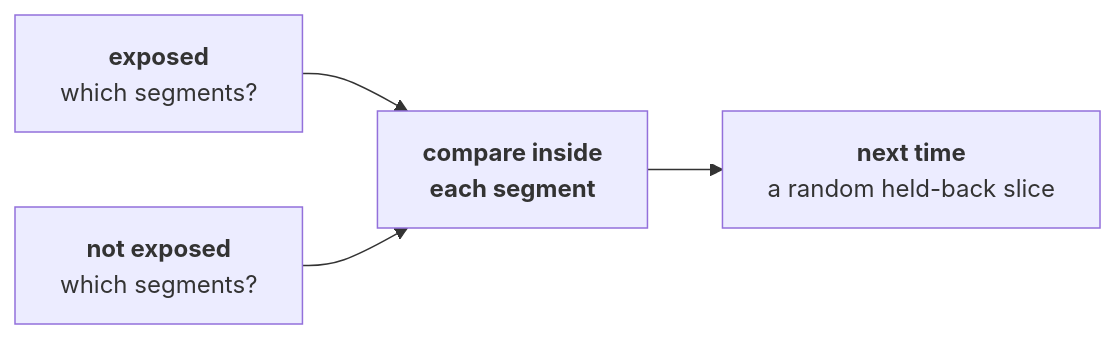
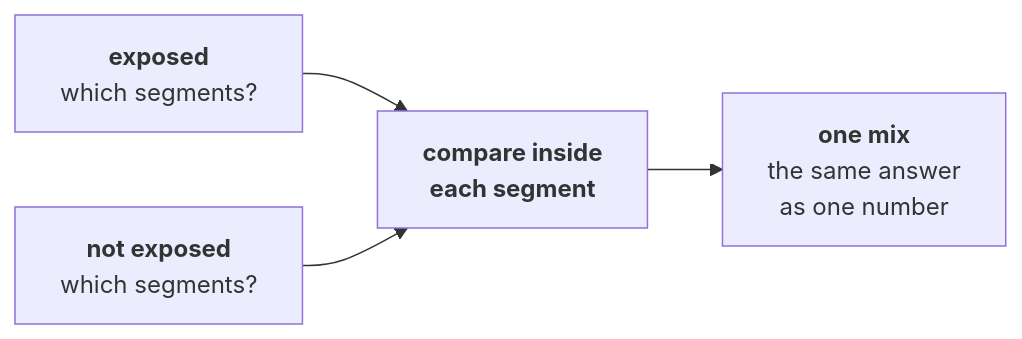
Before and after one commit to fde-academy-lab/c2-content-factory: the fifth of 7 diagrams in content/W01/D4/whiteboards/C2_W01_D04_real_or_wobble_STUDENT.md, drawn with Mermaid. The commit also changed other lines of this file and 13 other files, not shown here.

````diff
--- a/content/W01/D4/whiteboards/C2_W01_D04_real_or_wobble_STUDENT.md
+++ b/content/W01/D4/whiteboards/C2_W01_D04_real_or_wobble_STUDENT.md
@@ -85,6 +91,6 @@
 ```mermaid
 flowchart LR
     E["<b>exposed</b><br/>which segments?"] --> S["<b>compare inside<br/>each segment</b>"]
     U["<b>not exposed</b><br/>which segments?"] --> S
-    S --> H["<b>next time</b><br/>a random held-back slice"]
+    S --> M["<b>one mix</b><br/>the same answer<br/>as one number"]
 ```
````
